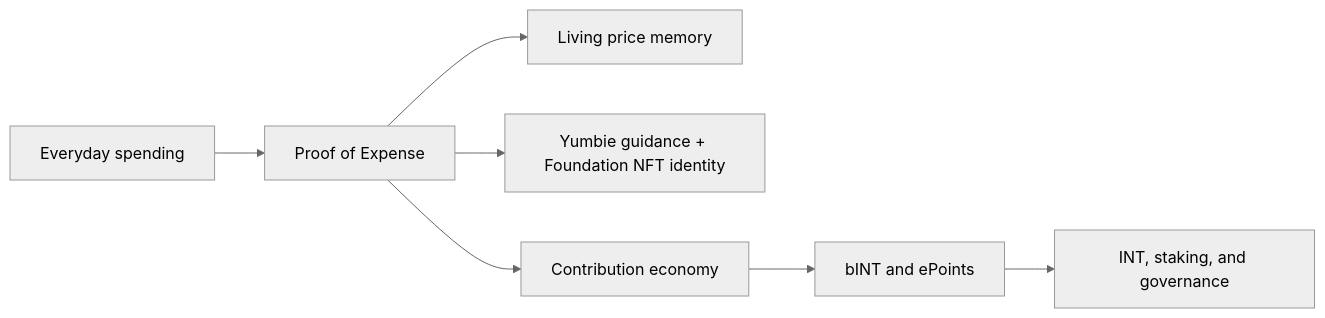
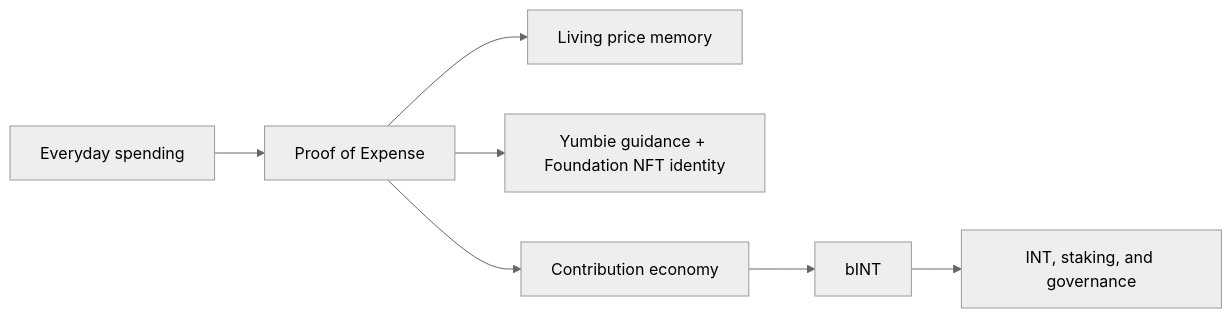
Before and after one commit to Yumo-Yumo-Inc/yumoyumohq: the diagram in content/whitepaper/en/README.md, drawn with Mermaid (neutral theme). The commit also changed 1048 other files, not shown here.

````diff
--- a/content/whitepaper/en/README.md
+++ b/content/whitepaper/en/README.md
@@ -25,9 +25,9 @@
 ```mermaid
 flowchart LR
     A["Everyday spending"] --> B["Proof of Expense"]
     B --> C["Living price memory"]
     B --> D["Yumbie guidance + Foundation NFT identity"]
     B --> E["Contribution economy"]
-    E --> F["bINT and ePoints"]
+    E --> F["bINT"]
     F --> G["INT, staking, and governance"]
 ```
````
